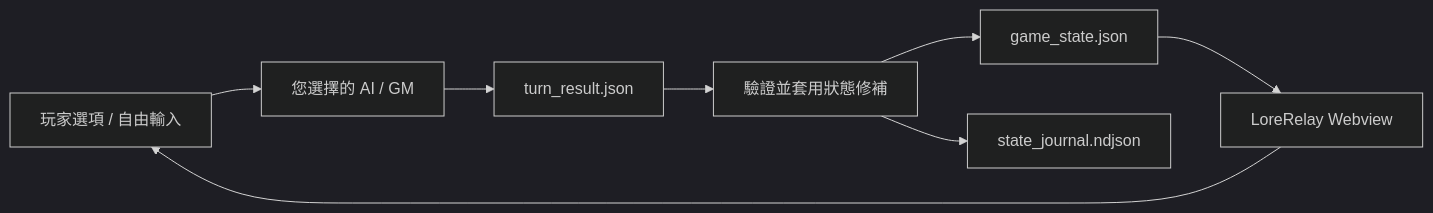
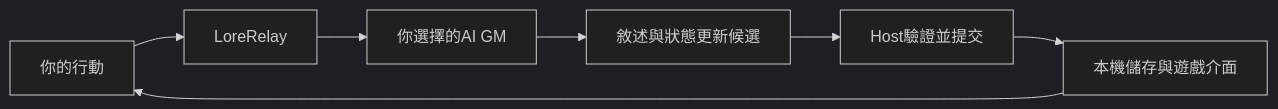
One commit to GGF1sh/LoreRelay changed the diagram in README_zh-TW.md. Above: the diagram before and after it, drawn with Mermaid (dark theme). The commit also changed other lines of this file and 10 other files, not shown here.

````diff
--- a/README_zh-TW.md
+++ b/README_zh-TW.md
@@ -137,10 +58,9 @@
 ```mermaid
 flowchart LR
-    Player["玩家選項 / 自由輸入"] --> GM["您選擇的 AI / GM"]
-    GM --> Turn["turn_result.json"]
-    Turn --> Gate["驗證並套用狀態修補"]
-    Gate --> State["game_state.json"]
-    Gate --> Journal["state_journal.ndjson"]
-    State --> UI["LoreRelay Webview"]
-    UI --> Player
+    Human["你的行動"] --> Host["LoreRelay"]
+    Host --> AI["你選擇的AI GM"]
+    AI --> Candidate["敘述與狀態更新候選"]
+    Candidate --> Accept["Host驗證並提交"]
+    Accept --> Local["本機儲存與遊戲介面"]
+    Local --> Human
 ```
````
